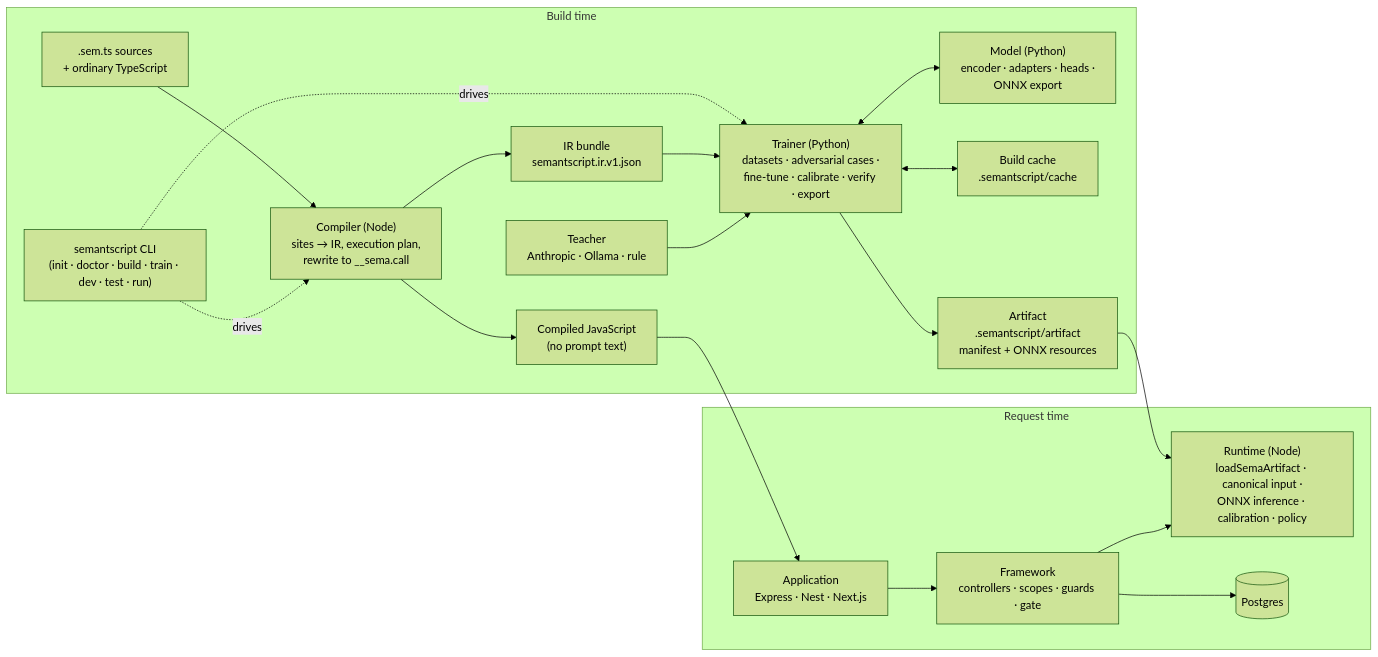
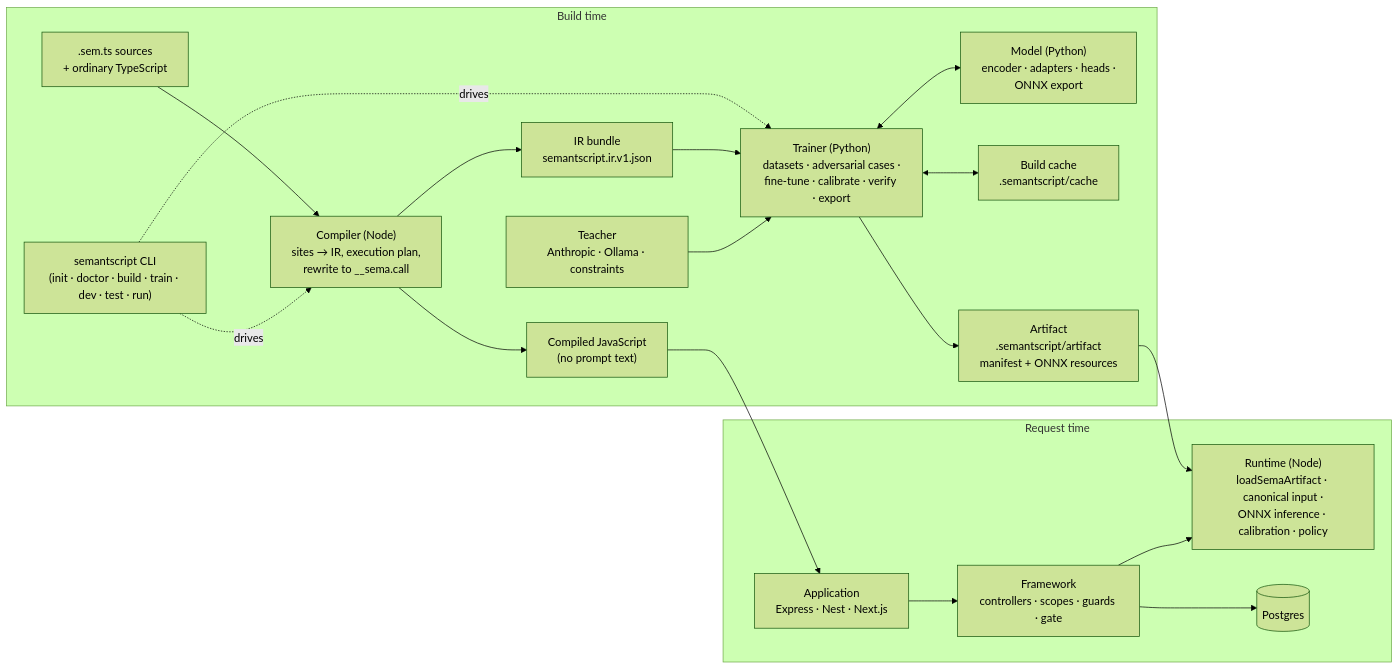
Before and after one commit to thowd22/SemantScript: the diagram in docs/architecture.md, drawn with Mermaid (forest theme). The commit also changed 12 other files, not shown here.

````diff
--- a/docs/architecture.md
+++ b/docs/architecture.md
@@ -9,36 +9,36 @@
 ```mermaid
 flowchart LR
   subgraph build["Build time"]
     SRC[".sem.ts sources\n+ ordinary TypeScript"]
     CLI["semantscript CLI\n(init · doctor · build · train · dev · test · run)"]
     COMP["Compiler (Node)\nsites → IR, execution plan,\nrewrite to __sema.call"]
     JS["Compiled JavaScript\n(no prompt text)"]
     IR["IR bundle\nsemantscript.ir.v1.json"]
-    TEACH["Teacher\nAnthropic · Ollama · rule"]
+    TEACH["Teacher\nAnthropic · Ollama · constraints"]
     TRAIN["Trainer (Python)\ndatasets · adversarial cases ·\nfine-tune · calibrate · verify · export"]
     MODEL["Model (Python)\nencoder · adapters · heads ·\nONNX export"]
     CACHE["Build cache\n.semantscript/cache"]
     ART["Artifact\n.semantscript/artifact\nmanifest + ONNX resources"]
   end
   subgraph run["Request time"]
     APP["Application\nExpress · Nest · Next.js"]
     FW["Framework\ncontrollers · scopes · guards · gate"]
     RT["Runtime (Node)\nloadSemaArtifact · canonical input ·\nONNX inference · calibration · policy"]
     DB[("Postgres")]
   end
   SRC --> COMP
   CLI -. drives .-> COMP
   CLI -. drives .-> TRAIN
   COMP --> JS
   COMP --> IR
   IR --> TRAIN
   TEACH --> TRAIN
   TRAIN <--> MODEL
   TRAIN <--> CACHE
   TRAIN --> ART
   JS --> APP
   ART --> RT
   APP --> FW
   FW --> RT
   FW --> DB
 ```
````
